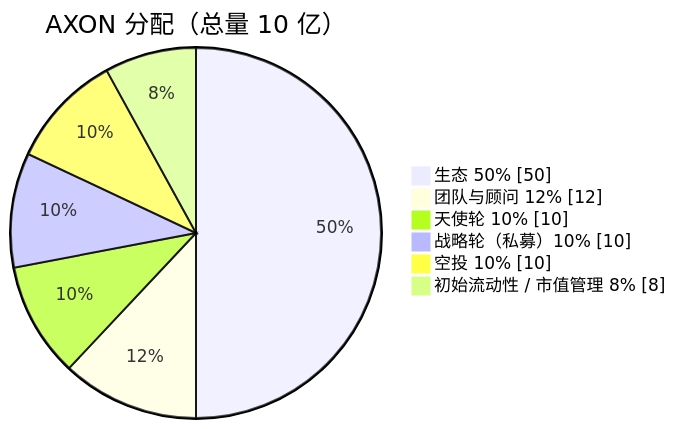
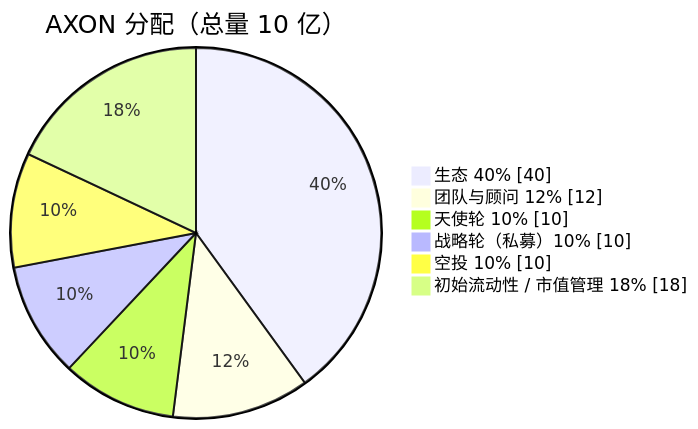
Before and after one commit to AIVIVEHQ/axon-whitepaper: the diagram in part7-tokenomics/7-1-supply-allocation.md, drawn with Mermaid. The commit also changed other lines of this file and 9 other files, not shown here.

````diff
--- a/part7-tokenomics/7-1-supply-allocation.md
+++ b/part7-tokenomics/7-1-supply-allocation.md
@@ -32,10 +31,10 @@
 ```mermaid
 pie showData
     title AXON 分配（总量 10 亿）
-    "生态 50%" : 50
+    "生态 40%" : 40
     "团队与顾问 12%" : 12
     "天使轮 10%" : 10
     "战略轮（私募）10%" : 10
     "空投 10%" : 10
-    "初始流动性 / 市值管理 8%" : 8
+    "初始流动性 / 市值管理 18%" : 18
 ```
````
